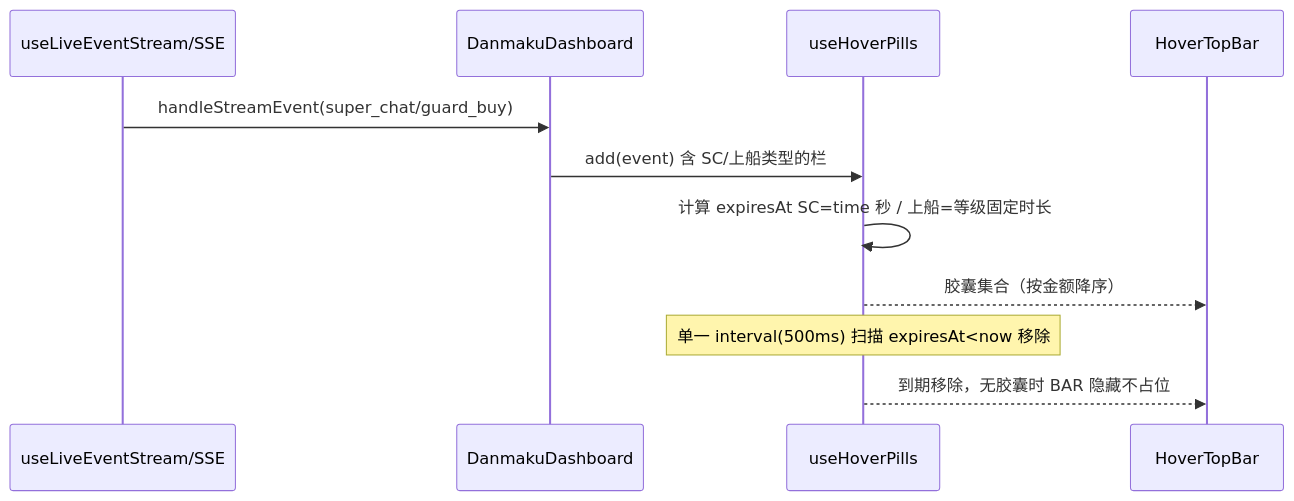
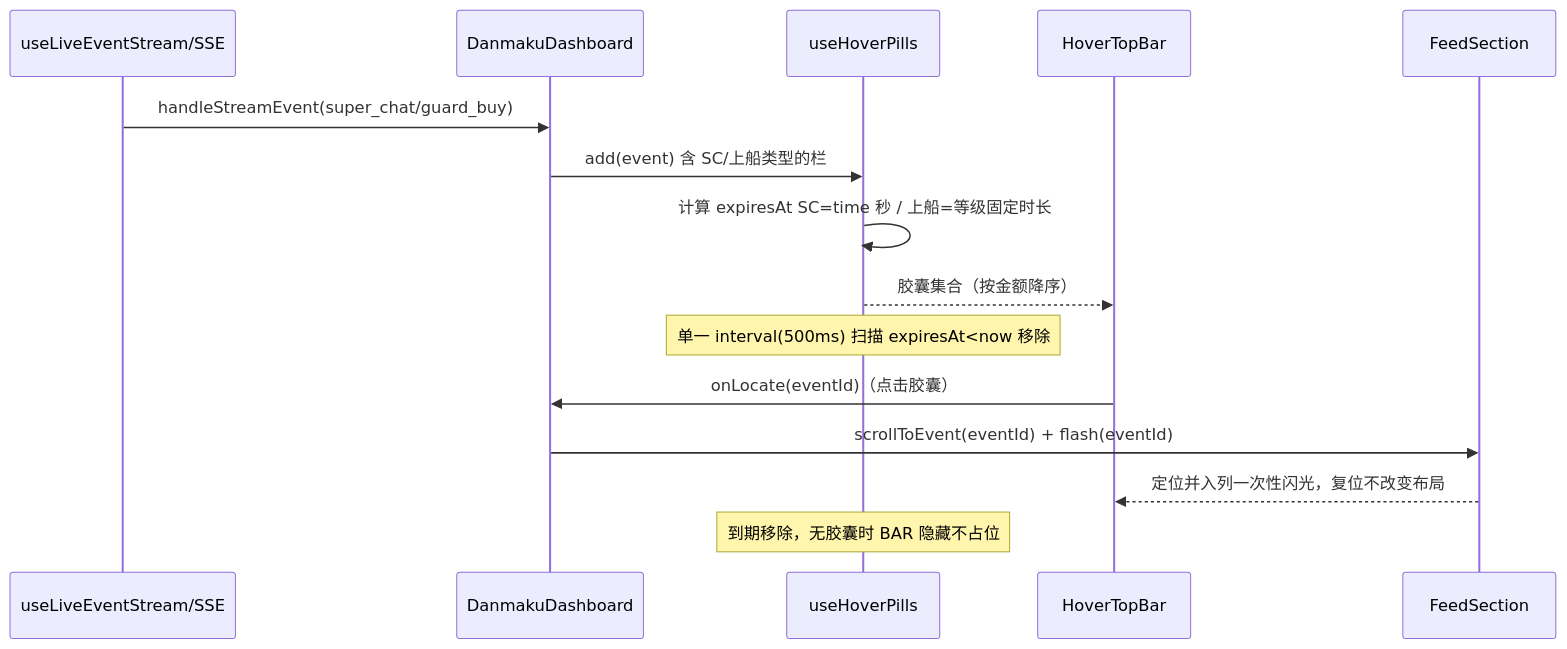
One commit to Deliay/sumire changed the second of 2 diagrams in docs/engineering/proposals/2026-08-23-danmaku-hover-bar-proposal.md. Above: the diagram before and after it, drawn with Mermaid. The commit also changed other lines of this file and 1 other file, not shown here.

````diff
--- a/docs/engineering/proposals/2026-08-23-danmaku-hover-bar-proposal.md
+++ b/docs/engineering/proposals/2026-08-23-danmaku-hover-bar-proposal.md
@@ -106,13 +111,17 @@
 ```mermaid
 sequenceDiagram
     participant STREAM as useLiveEventStream/SSE
     participant DASH as DanmakuDashboard
     participant HOOK as useHoverPills
     participant BAR as HoverTopBar
+    participant FEED as FeedSection
     STREAM->>DASH: handleStreamEvent(super_chat/guard_buy)
     DASH->>HOOK: add(event) 含 SC/上船类型的栏
     HOOK->>HOOK: 计算 expiresAt SC=time 秒 / 上船=等级固定时长
     HOOK-->>BAR: 胶囊集合（按金额降序）
     Note over HOOK: 单一 interval(500ms) 扫描 expiresAt<now 移除
-    HOOK-->>BAR: 到期移除，无胶囊时 BAR 隐藏不占位
+    BAR->>DASH: onLocate(eventId)（点击胶囊）
+    DASH->>FEED: scrollToEvent(eventId) + flash(eventId)
+    FEED-->>BAR: 定位并入列一次性闪光，复位不改变布局
+    Note over HOOK: 到期移除，无胶囊时 BAR 隐藏不占位
 ```
````
